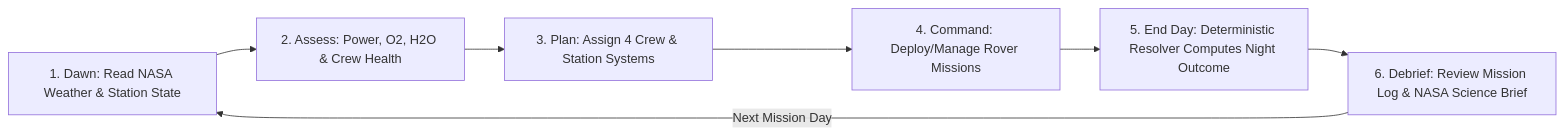
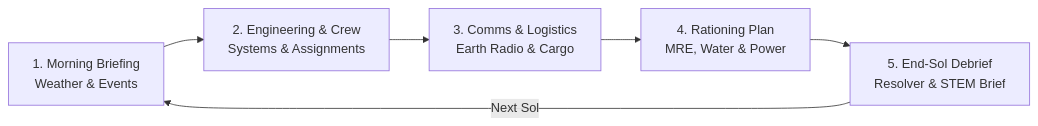
Before and after one commit to phanhuudanhkg0811-star/project-human-frontier: the first of 2 diagrams in README.md, drawn with Mermaid. The commit also changed other lines of this file and 15 other files, not shown here.

Commit message:
docs(structure): organize docs hub into product, architecture, game design, and ui-ux

````diff
--- a/README.md
+++ b/README.md
@@ -62,9 +94,8 @@
 ```mermaid
 flowchart LR
-    A[1. Dawn: Read NASA Weather & Station State] --> B[2. Assess: Power, O2, H2O & Crew Health]
-    B --> C[3. Plan: Assign 4 Crew & Station Systems]
-    C --> D[4. Command: Deploy/Manage Rover Missions]
-    D --> E[5. End Day: Deterministic Resolver Computes Night Outcome]
-    E --> F[6. Debrief: Review Mission Log & NASA Science Brief]
-    F -->|Next Mission Day| A
+    A[1. Morning Briefing<br/>Weather & Events] --> B[2. Engineering & Crew<br/>Systems & Assignments]
+    B --> C[3. Comms & Logistics<br/>Earth Radio & Cargo]
+    C --> D[4. Rationing Plan<br/>MRE, Water & Power]
+    D --> E[5. End-Sol Debrief<br/>Resolver & STEM Brief]
+    E -->|Next Sol| A
 ```
````
